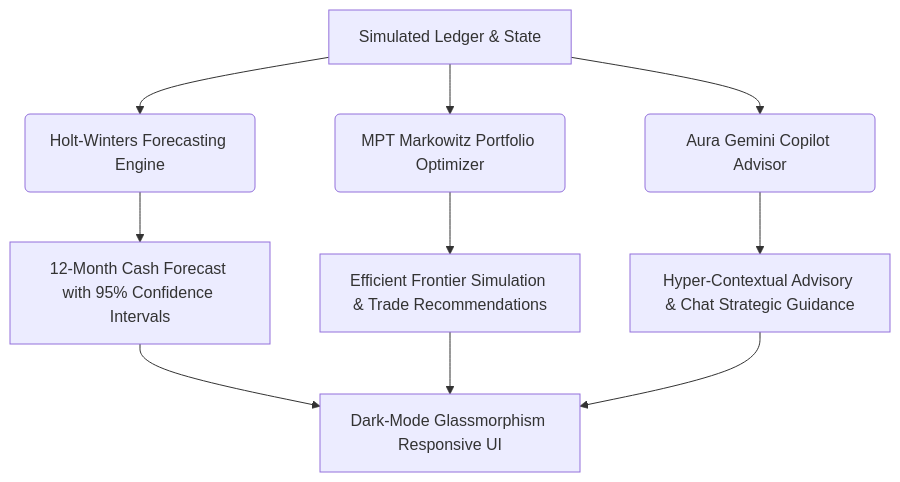
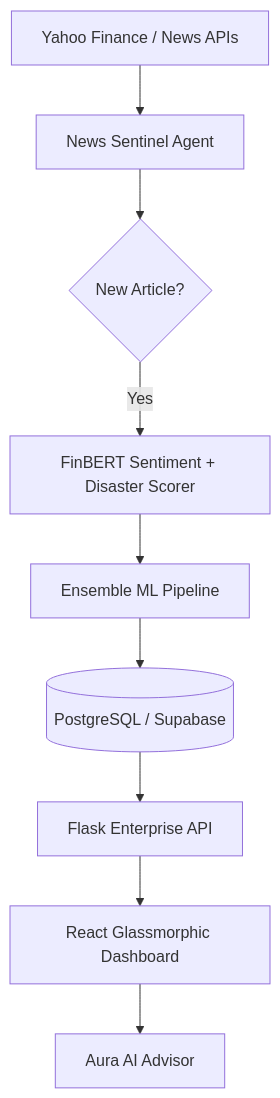
One commit to akshithnallaginnela/Aura-Finance changed the diagram in README.md. Above: the diagram before and after it, drawn with Mermaid. The commit also changed other lines of this file and 6 other files, not shown here.

Commit message:
feat: overhaul project architecture to enterprise-grade AI wealth platform and add repository governance files

````diff
--- a/README.md
+++ b/README.md
@@ -26,10 +57,11 @@
 ```mermaid
 graph TD
-    A[Simulated Ledger & State] --> B(Holt-Winters Forecasting Engine)
-    A --> C(MPT Markowitz Portfolio Optimizer)
-    A --> D(Aura Gemini Copilot Advisor)
-    B --> E[12-Month Cash Forecast with 95% Confidence Intervals]
-    C --> F[Efficient Frontier Simulation & Trade Recommendations]
-    D --> G[Hyper-Contextual Advisory & Chat Strategic Guidance]
-    E & F & G --> H[Dark-Mode Glassmorphism Responsive UI]
+    A[Yahoo Finance / News APIs] --> B[News Sentinel Agent]
+    B --> C{New Article?}
+    C -- Yes --> D[FinBERT Sentiment + Disaster Scorer]
+    D --> E[Ensemble ML Pipeline]
+    E --> F[(PostgreSQL / Supabase)]
+    F --> G[Flask Enterprise API]
+    G --> H[React Glassmorphic Dashboard]
+    H --> I[Aura AI Advisor]
 ```
````
